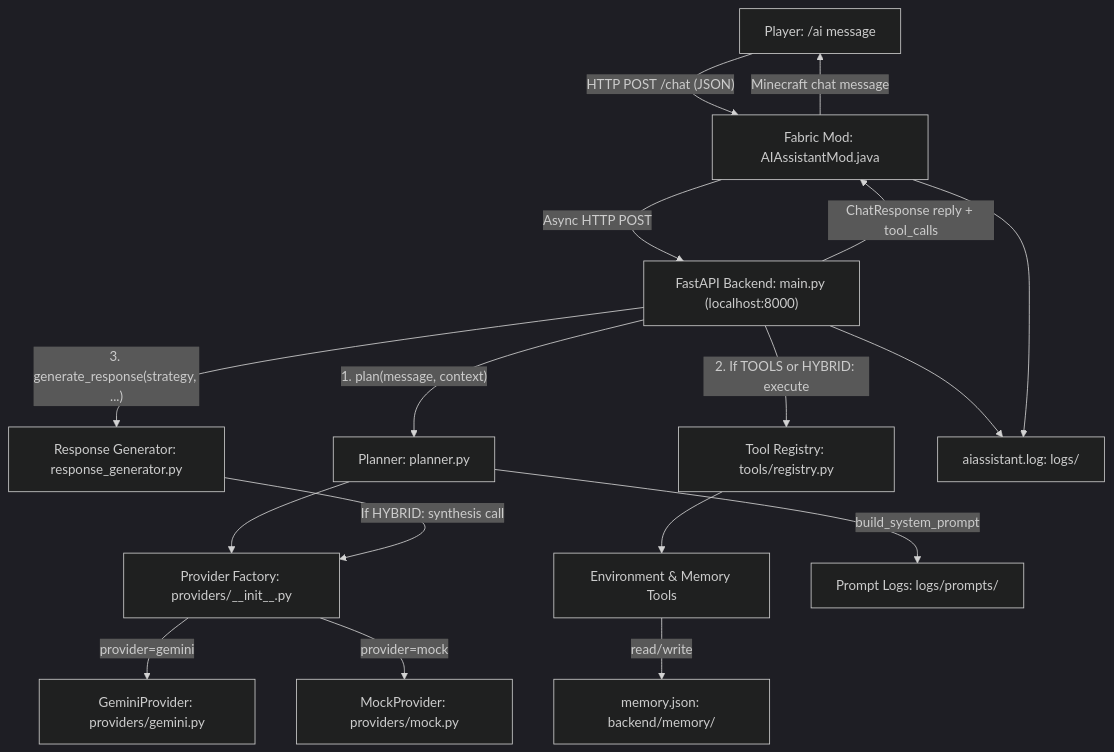
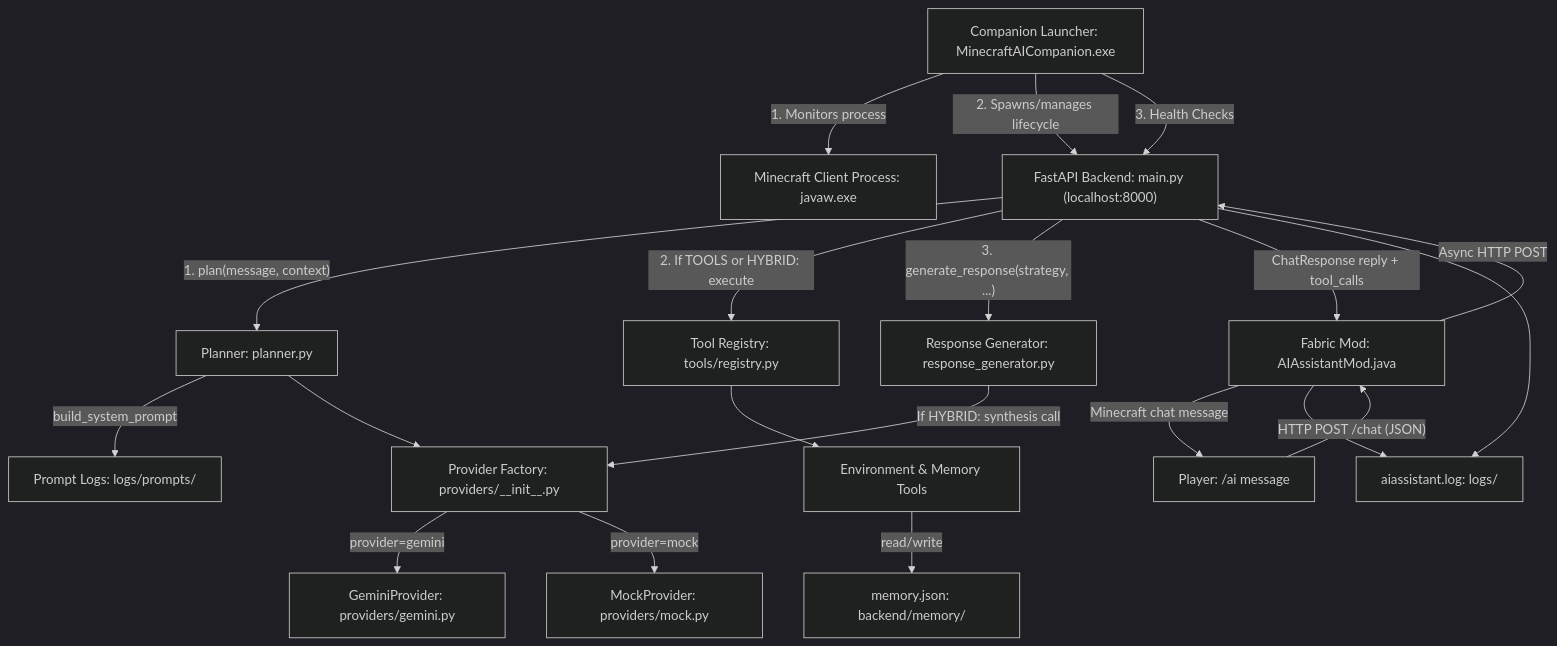
One commit to Inferno-Aditya/MinecraftAI changed the first of 5 diagrams in README.md. Above: the diagram before and after it, drawn with Mermaid (dark theme). The commit also changed other lines of this file and 10 other files, not shown here.

First line of the commit message:
Add automatic backend companion launcher utility (v0.4.2)

````diff
--- a/README.md
+++ b/README.md
@@ -97,33 +98,39 @@
 ```mermaid
 graph TD
+    L["Companion Launcher: MinecraftAICompanion.exe"]
     A["Player: /ai message"]
     B["Fabric Mod: AIAssistantMod.java"]
     C["FastAPI Backend: main.py (localhost:8000)"]
     D["Planner: planner.py"]
     R["Response Generator: response_generator.py"]
     E["Provider Factory: providers/__init__.py"]
     F["GeminiProvider: providers/gemini.py"]
     G["MockProvider: providers/mock.py"]
     H["Tool Registry: tools/registry.py"]
     I["Environment & Memory Tools"]
     M["memory.json: backend/memory/"]
     N["Prompt Logs: logs/prompts/"]
     O["aiassistant.log: logs/"]
+    P["Minecraft Client Process: javaw.exe"]
+
+    L -- "1. Monitors process" --> P
+    L -- "2. Spawns/manages lifecycle" --> C
+    L -- "3. Health Checks" --> C
 
     A -- "HTTP POST /chat (JSON)" --> B
     B -- "Async HTTP POST" --> C
     C -- "1. plan(message, context)" --> D
     D -- "build_system_prompt" --> N
     D --> E
     E -- "provider=gemini" --> F
     E -- "provider=mock" --> G
     C -- "2. If TOOLS or HYBRID: execute" --> H
     H --> I
     I -- "read/write" --> M
     C -- "3. generate_response(strategy, ...)" --> R
     R -- "If HYBRID: synthesis call" --> E
     C -- "ChatResponse reply + tool_calls" --> B
     B -- "Minecraft chat message" --> A
     C --> O
     B --> O
 ```
````
